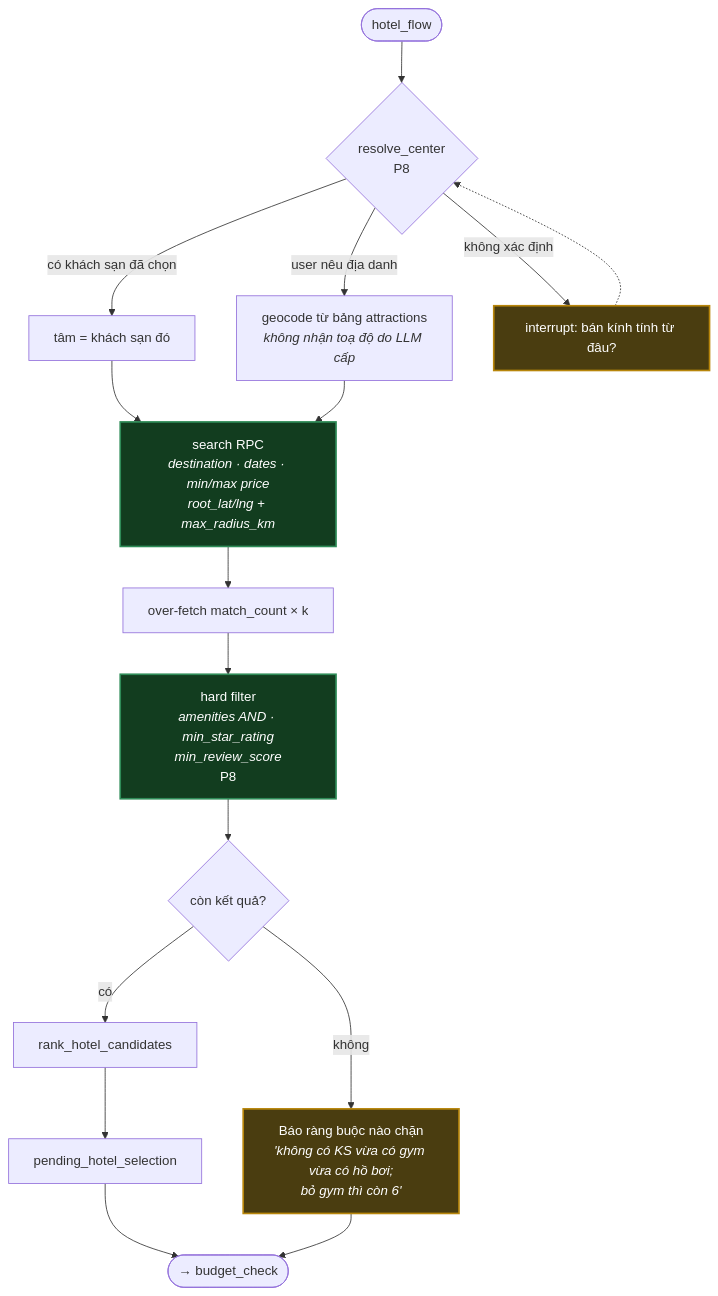
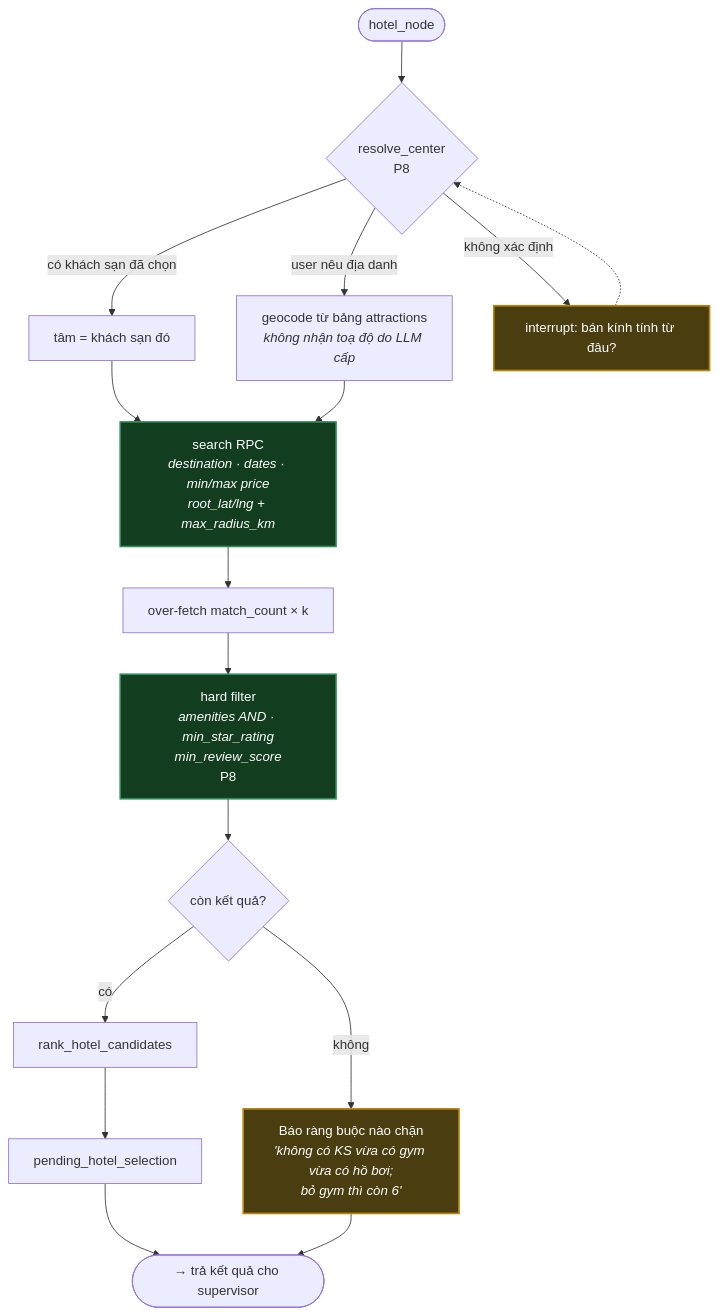
One commit to 0infinitive0/VSF-Intern-project changed the fourth of 7 diagrams in plans/260812-0927-langgraph-orchestration-state-patch-and-interrupts/target-architecture.md. Above: the diagram before and after it, drawn with Mermaid. The commit also changed other lines of this file and 8 other files, not shown here.

Commit message:
Refactor orchestration architecture: replace flow nodes with dedicated worker nodes

````diff
--- a/plans/260812-0927-langgraph-orchestration-state-patch-and-interrupts/target-architecture.md
+++ b/plans/260812-0927-langgraph-orchestration-state-patch-and-interrupts/target-architecture.md
@@ -68,28 +355,28 @@
 ```mermaid
 flowchart TD
-    IN(["hotel_flow"]) --> CTR{"resolve_center<br/>P8"}
+    IN(["hotel_node"]) --> CTR{"resolve_center<br/>P8"}
     CTR -->|có khách sạn đã chọn| C1["tâm = khách sạn đó"]
     CTR -->|user nêu địa danh| C2["geocode từ bảng attractions<br/><i>không nhận toạ độ do LLM cấp</i>"]
     CTR -->|không xác định| C3["interrupt: bán kính tính từ đâu?"]
 
     C1 --> RPC
     C2 --> RPC
     C3 -.-> CTR
 
     RPC["search RPC<br/><i>destination · dates · min/max price<br/>root_lat/lng + max_radius_km</i>"] --> OVERFETCH["over-fetch match_count × k"]
 
     OVERFETCH --> HARD["hard filter<br/><i>amenities AND · min_star_rating<br/>min_review_score</i><br/>P8"]
 
     HARD --> ZERO{"còn kết quả?"}
     ZERO -->|không| BIND["Báo ràng buộc nào chặn<br/><i>'không có KS vừa có gym vừa có hồ bơi;<br/>bỏ gym thì còn 6'</i>"]
     ZERO -->|có| RANK["rank_hotel_candidates"]
 
     RANK --> SAVE["pending_hotel_selection"]
-    SAVE --> OUT(["→ budget_check"])
+    SAVE --> OUT(["→ trả kết quả cho supervisor"])
     BIND --> OUT
 
     class C3,BIND ask
     class HARD,RPC hard
     classDef ask fill:#4a3d10,stroke:#b8860b,stroke-width:2px,color:#fff
     classDef hard fill:#123d1f,stroke:#2e8b57,stroke-width:2px,color:#fff
 ```
````
